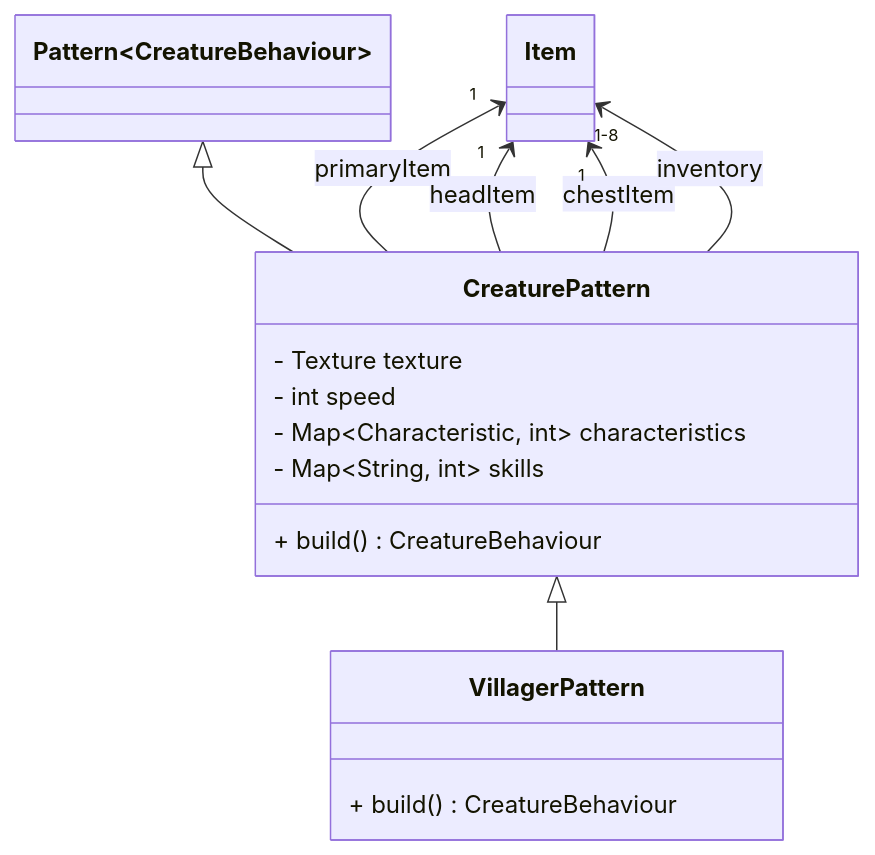
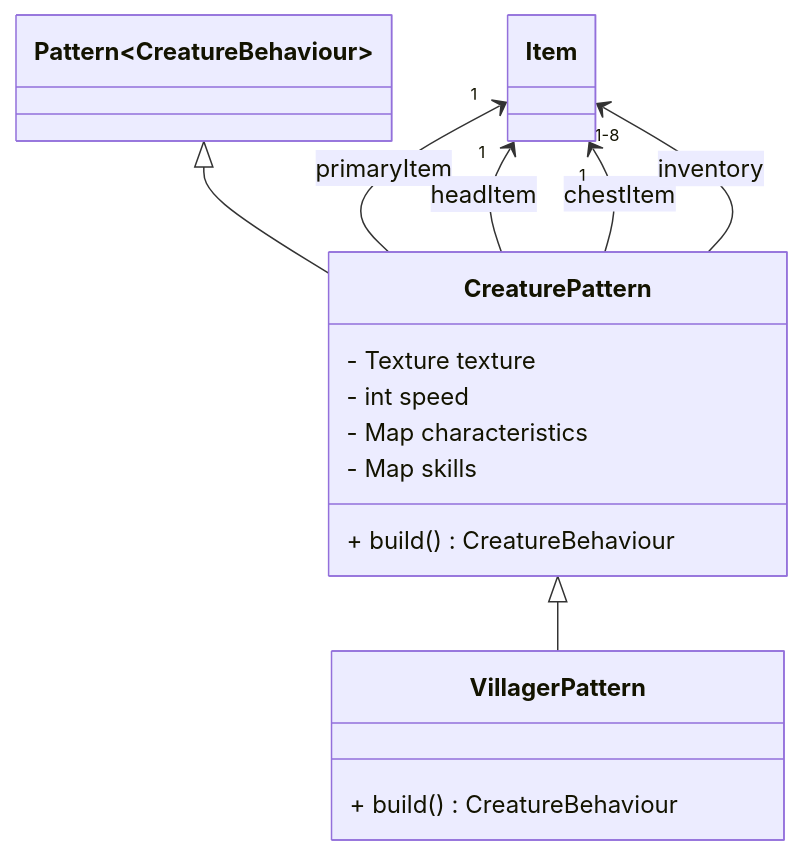
One commit to StrangeClone/GreatGame changed diagram 23 of 37 in documentation/Version_0_1.md. Above: the diagram before and after it, drawn with Mermaid. The commit also changed other lines of this file, not shown here.

````diff
--- a/documentation/Version_0_1.md
+++ b/documentation/Version_0_1.md
@@ -951,19 +951,19 @@
 ```mermaid
 classDiagram
     class CreaturePattern {
         - Texture texture
         - int speed
-        - Map~Characteristic, int~ characteristics
-        - Map~String, int~ skills
+        - Map<Characteristic,int> characteristics
+        - Map<String,int> skills
         + build() CreatureBehaviour
     }
     Pattern~CreatureBehaviour~ <|-- CreaturePattern
     Item "1" <-- CreaturePattern : primaryItem
     Item "1" <-- CreaturePattern : headItem
     Item "1" <-- CreaturePattern : chestItem
     Item "1-8" <-- CreaturePattern : inventory
     class VillagerPattern {
         + build() CreatureBehaviour
     }
     CreaturePattern <|-- VillagerPattern
 ```
````
